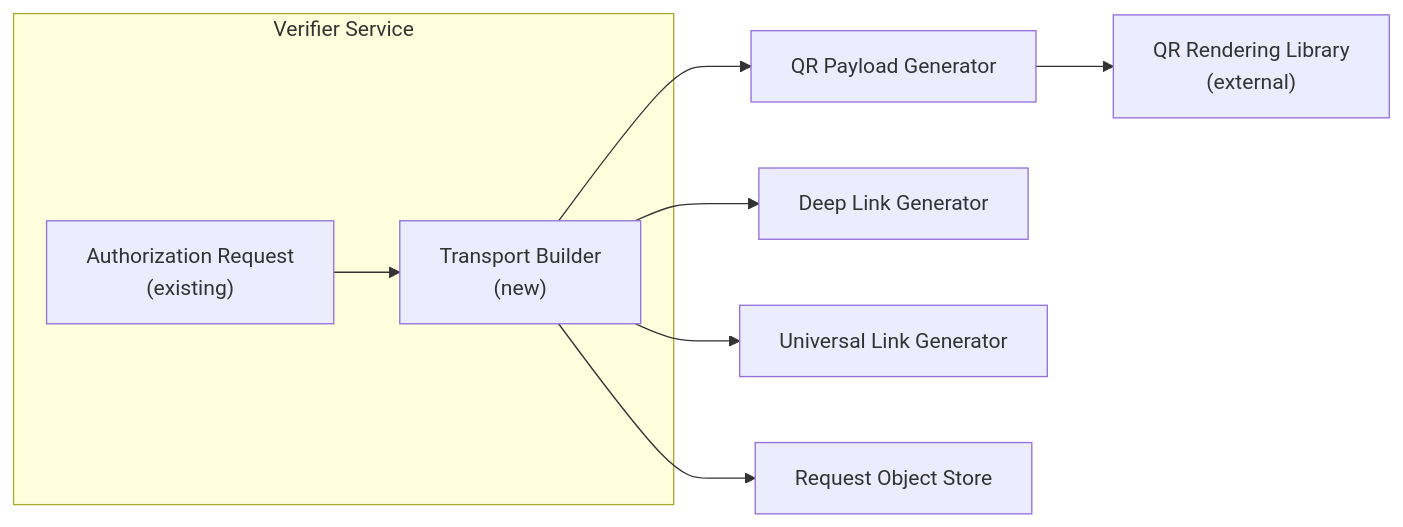
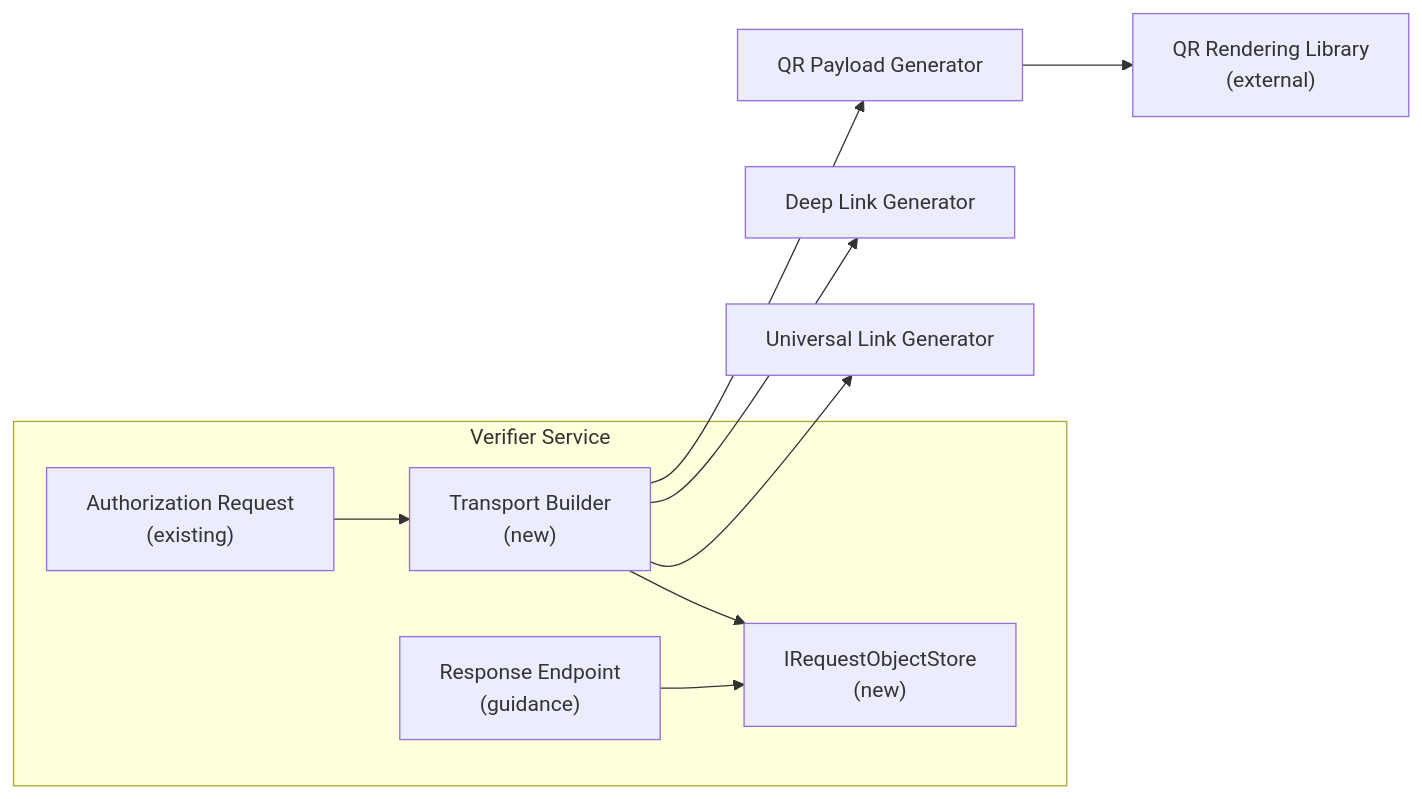
One commit to openwallet-foundation-labs/sd-jwt-dotnet changed the first of 3 diagrams in docs/proposals/delivery-qr-deep-links.md. Above: the diagram before and after it, drawn with Mermaid. The commit also changed other lines of this file and 21 other files, not shown here.

````diff
--- a/docs/proposals/delivery-qr-deep-links.md
+++ b/docs/proposals/delivery-qr-deep-links.md
@@ -56,16 +64,19 @@
 ```mermaid
 flowchart LR
     subgraph Verifier["Verifier Service"]
         AuthzReq["Authorization Request<br/>(existing)"]
         Transport["Transport Builder<br/>(new)"]
+        ReqStore["IRequestObjectStore<br/>(new)"]
+        ResponseEp["Response Endpoint<br/>(guidance)"]
     end
 
     Transport --> QR["QR Payload Generator"]
     Transport --> DL["Deep Link Generator"]
     Transport --> UL["Universal Link Generator"]
-    Transport --> ReqRef["Request Object Store"]
+    Transport --> ReqStore
 
     QR --> QRLib["QR Rendering Library<br/>(external)"]
 
     AuthzReq --> Transport
+    ResponseEp --> ReqStore
 ```
````
